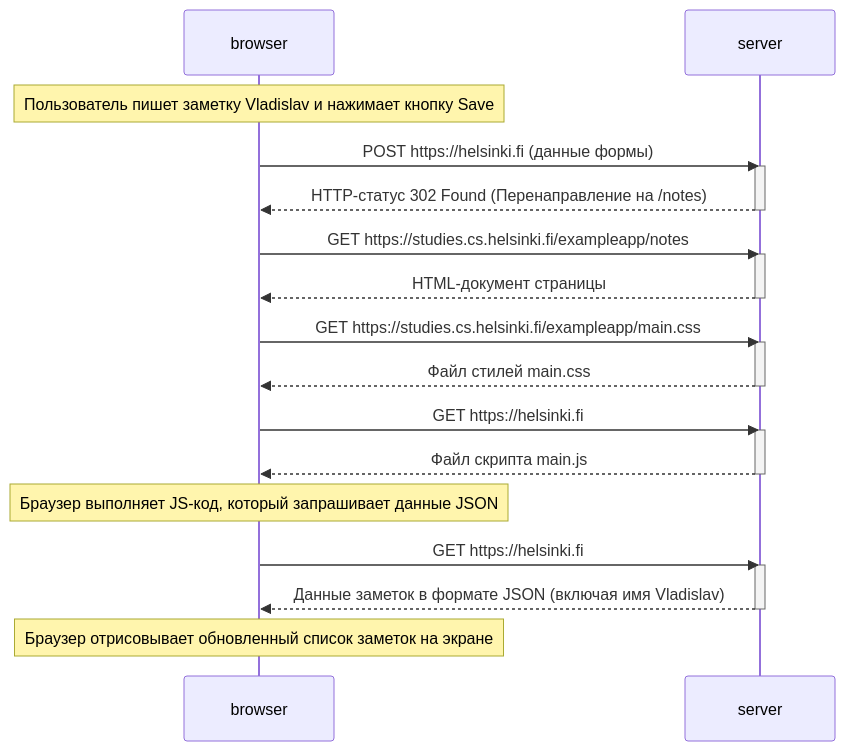
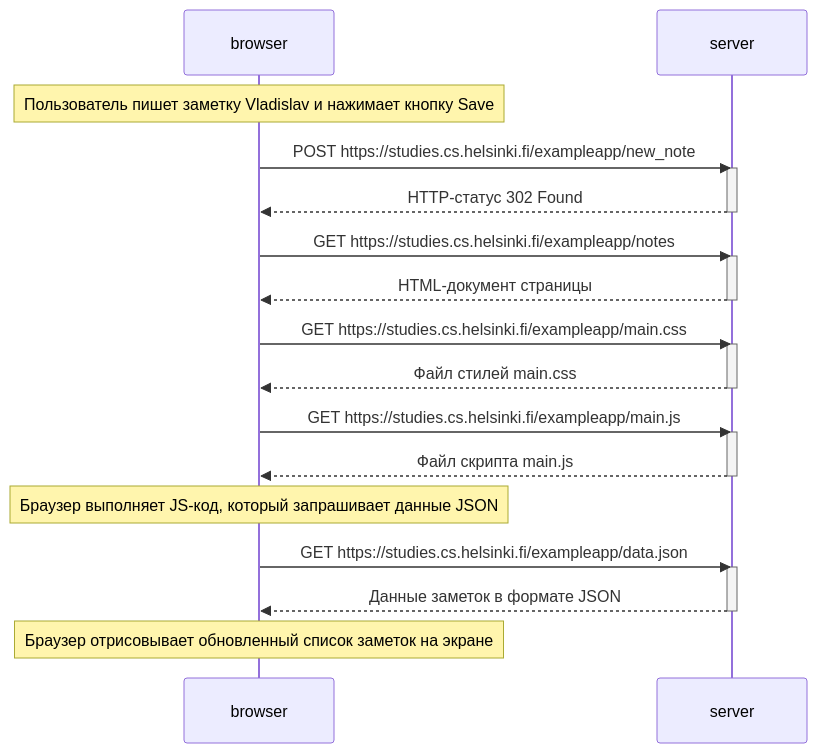
Before and after one commit to kanneykelly-code/fullstackopen-part0: the first of 2 diagrams in README.md, drawn with Mermaid. The commit also changed other lines of this file, not shown here.

````diff
--- a/README.md
+++ b/README.md
@@ -1,36 +1,36 @@
 ```mermaid
 sequenceDiagram
     participant browser
     participant server
 
     Note over browser: Пользователь пишет заметку Vladislav и нажимает кнопку Save
 
-    browser->>server: POST https://helsinki.fi (данные формы)
+    browser->>server: POST https://studies.cs.helsinki.fi/exampleapp/new_note
     activate server
-    server-->>browser: HTTP-статус 302 Found (Перенаправление на /notes)
+    server-->>browser: HTTP-статус 302 Found 
     deactivate server
 
     browser->>server: GET https://studies.cs.helsinki.fi/exampleapp/notes
     activate server
     server-->>browser: HTML-документ страницы
     deactivate server
 
     browser->>server: GET https://studies.cs.helsinki.fi/exampleapp/main.css
     activate server
     server-->>browser: Файл стилей main.css
     deactivate server
 
-    browser->>server: GET https://helsinki.fi
+    browser->>server: GET https://studies.cs.helsinki.fi/exampleapp/main.js
     activate server
     server-->>browser: Файл скрипта main.js
     deactivate server
 
     Note over browser: Браузер выполняет JS-код, который запрашивает данные JSON
 
-    browser->>server: GET https://helsinki.fi
+    browser->>server: GET https://studies.cs.helsinki.fi/exampleapp/data.json
     activate server
-    server-->>browser: Данные заметок в формате JSON (включая имя Vladislav)
+    server-->>browser: Данные заметок в формате JSON
     deactivate server
 
     Note over browser: Браузер отрисовывает обновленный список заметок на экране
 ```
````
